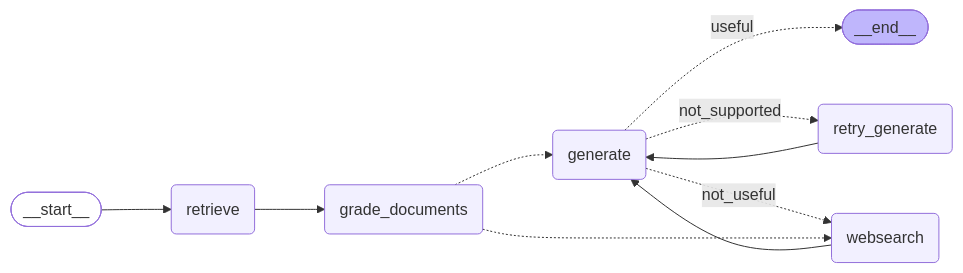
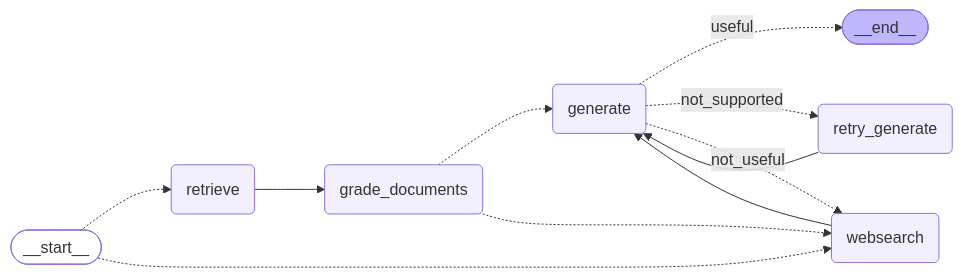
Before and after one commit to ErmisCho/agentic-rag: the diagram in graph_pretty.mmd, drawn with Mermaid. The commit also changed 9 other files, not shown here.

```diff
--- a/graph_pretty.mmd
+++ b/graph_pretty.mmd
@@ -1,27 +1,28 @@
 ---
 config:
   flowchart:
     curve: basis
     nodeSpacing: 60
     rankSpacing: 70
 ---
 graph LR;
 	__start__([__start__]):::first
 	retrieve(retrieve)
 	grade_documents(grade_documents)
 	generate(generate)
 	retry_generate(retry_generate)
 	websearch(websearch)
 	__end__([__end__]):::last
-	__start__ --> retrieve;
+	__start__ -.-> retrieve;
+	__start__ -.-> websearch;
 	generate -.  useful  .-> __end__;
 	generate -.  not_supported  .-> retry_generate;
 	generate -.  not_useful  .-> websearch;
 	grade_documents -.-> generate;
 	grade_documents -.-> websearch;
 	retrieve --> grade_documents;
 	retry_generate --> generate;
 	websearch --> generate;
 	classDef default fill:#f2f0ff,line-height:1.2
 	classDef first fill-opacity:0
 	classDef last fill:#bfb6fc
```
